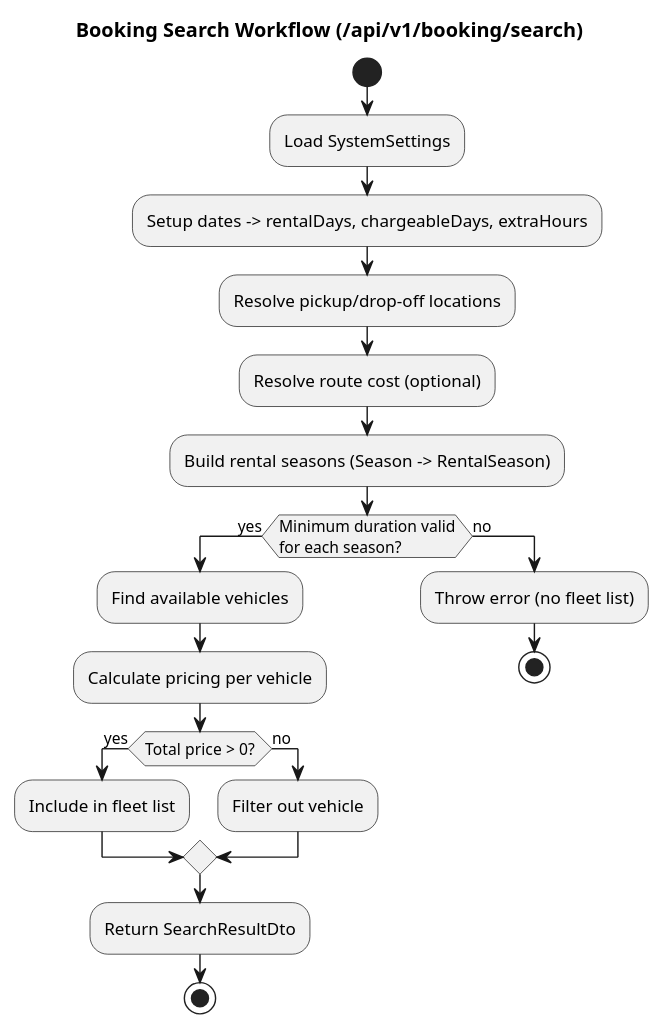
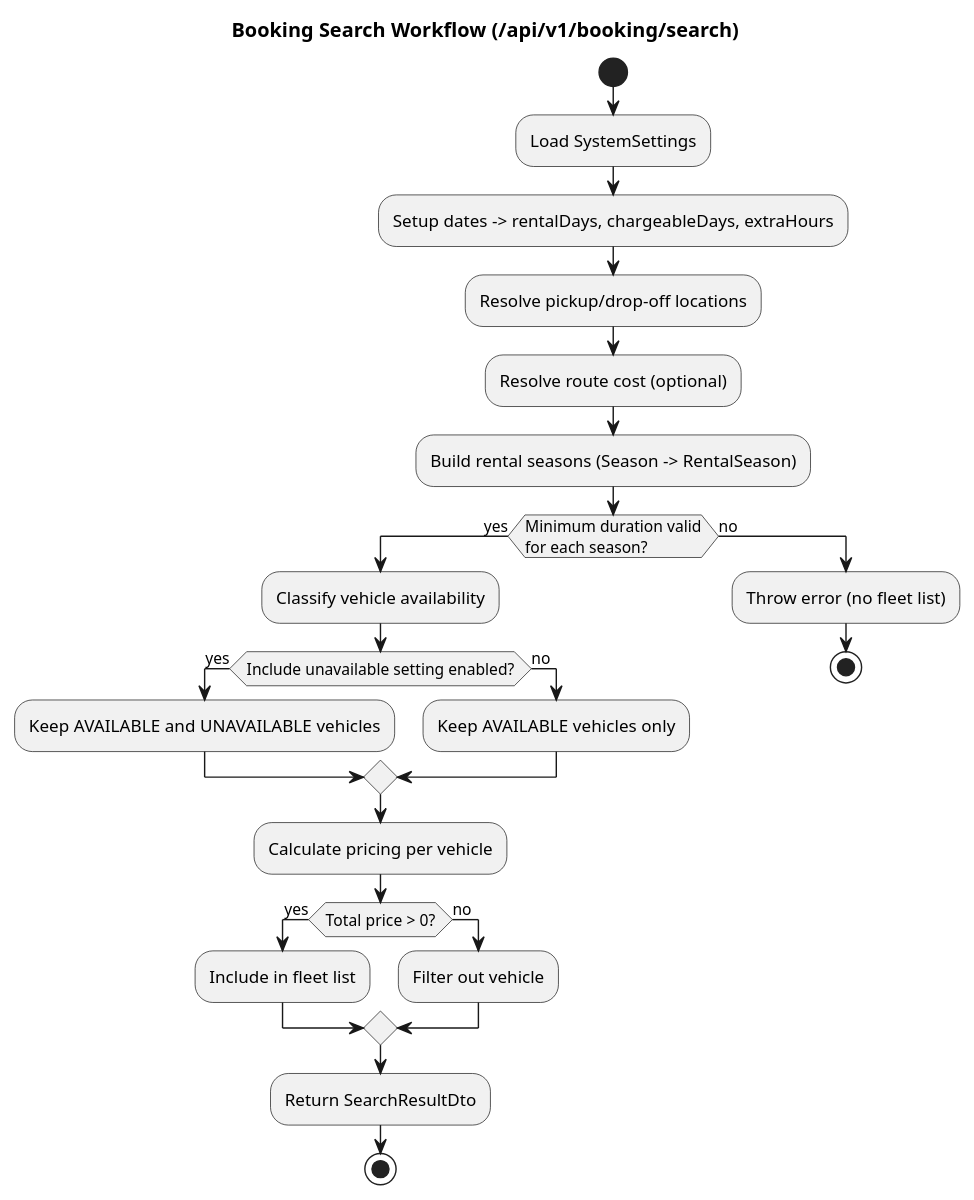
One commit to Netmechanics/car-rental-docs changed the first of 7 diagrams in docs/modules/ROOT/pages/technical/rental-search-logic.adoc. Above: the diagram before and after it, drawn with PlantUML. The commit also changed other lines of this file and 6 other files, not shown here.

```diff
--- a/docs/modules/ROOT/pages/technical/rental-search-logic.adoc
+++ b/docs/modules/ROOT/pages/technical/rental-search-logic.adoc
@@ -21,28 +21,33 @@
 [plantuml,search-workflow,svg]
 ....
 @startuml
 title Booking Search Workflow (/api/v1/booking/search)
 
 start
 :Load SystemSettings;
 :Setup dates -> rentalDays, chargeableDays, extraHours;
 :Resolve pickup/drop-off locations;
 :Resolve route cost (optional);
 :Build rental seasons (Season -> RentalSeason);
 
 if (Minimum duration valid\nfor each season?) then (yes)
-  :Find available vehicles;
+  :Classify vehicle availability;
+  if (Include unavailable setting enabled?) then (yes)
+    :Keep AVAILABLE and UNAVAILABLE vehicles;
+  else (no)
+    :Keep AVAILABLE vehicles only;
+  endif
   :Calculate pricing per vehicle;
   if (Total price > 0?) then (yes)
     :Include in fleet list;
   else (no)
     :Filter out vehicle;
   endif
   :Return SearchResultDto;
   stop
 else (no)
   :Throw error (no fleet list);
   stop
 endif
 @enduml
 ....
```
